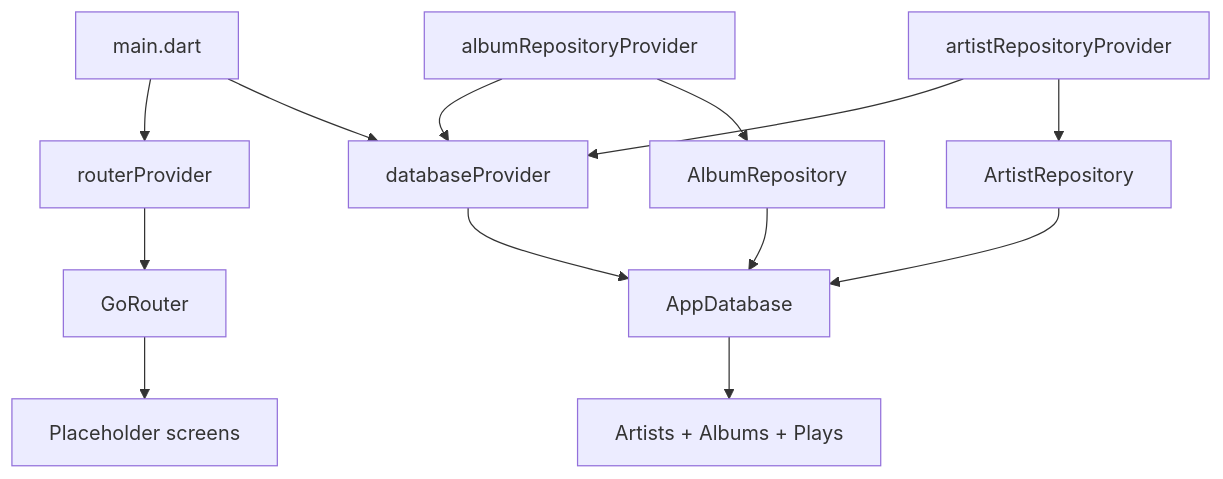
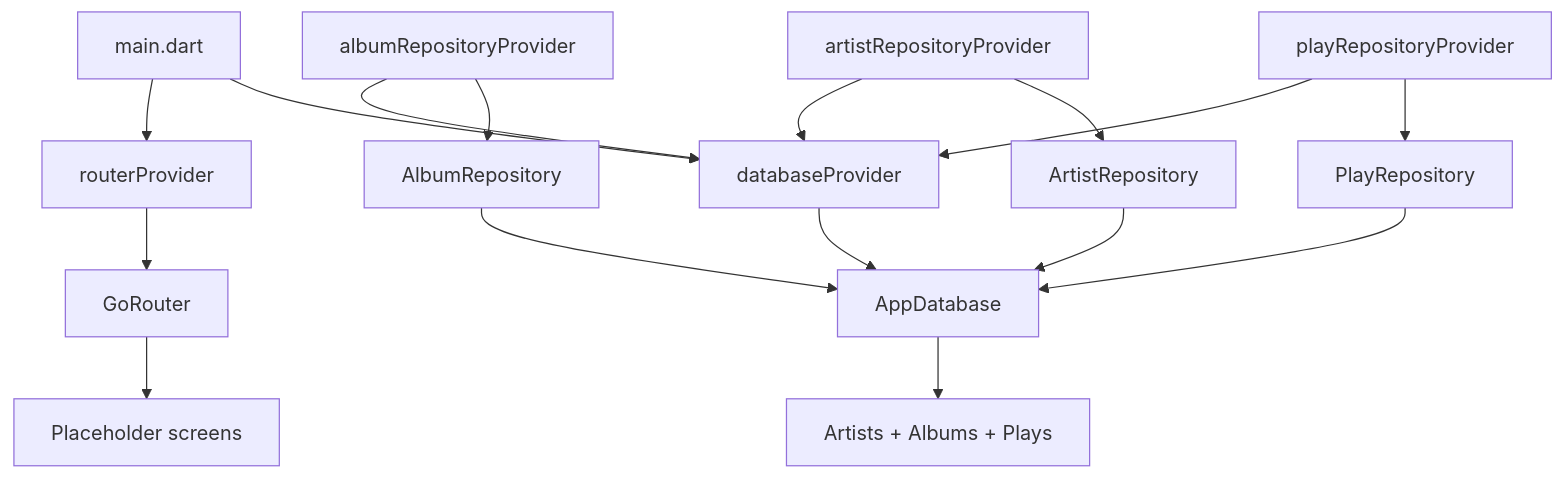
One commit to hunter-goller/Groovefolio changed the second of 3 diagrams in docs/architecture/dependency-graph.md. Above: the diagram before and after it, drawn with Mermaid. The commit also changed other lines of this file and 14 other files, not shown here.

First line of the commit message:
VinylApp-015: PlayRepository (#23)

````diff
--- a/docs/architecture/dependency-graph.md
+++ b/docs/architecture/dependency-graph.md
@@ -43,27 +43,32 @@
 ```mermaid
 flowchart TD
     Main[main.dart]
     RouterProvider[routerProvider]
     DatabaseProvider[databaseProvider]
     AlbumRepoProvider[albumRepositoryProvider]
     ArtistRepoProvider[artistRepositoryProvider]
+    PlayRepoProvider[playRepositoryProvider]
     Router[GoRouter]
     Placeholders[Placeholder screens]
     AlbumRepo[AlbumRepository]
     ArtistRepo[ArtistRepository]
+    PlayRepo[PlayRepository]
     Database[AppDatabase]
     Tables[Artists + Albums + Plays]
 
     Main --> RouterProvider
     Main --> DatabaseProvider
     RouterProvider --> Router
     Router --> Placeholders
     AlbumRepoProvider --> DatabaseProvider
     AlbumRepoProvider --> AlbumRepo
     ArtistRepoProvider --> DatabaseProvider
     ArtistRepoProvider --> ArtistRepo
+    PlayRepoProvider --> DatabaseProvider
+    PlayRepoProvider --> PlayRepo
     AlbumRepo --> Database
     ArtistRepo --> Database
+    PlayRepo --> Database
     DatabaseProvider --> Database
     Database --> Tables
 ```
````
